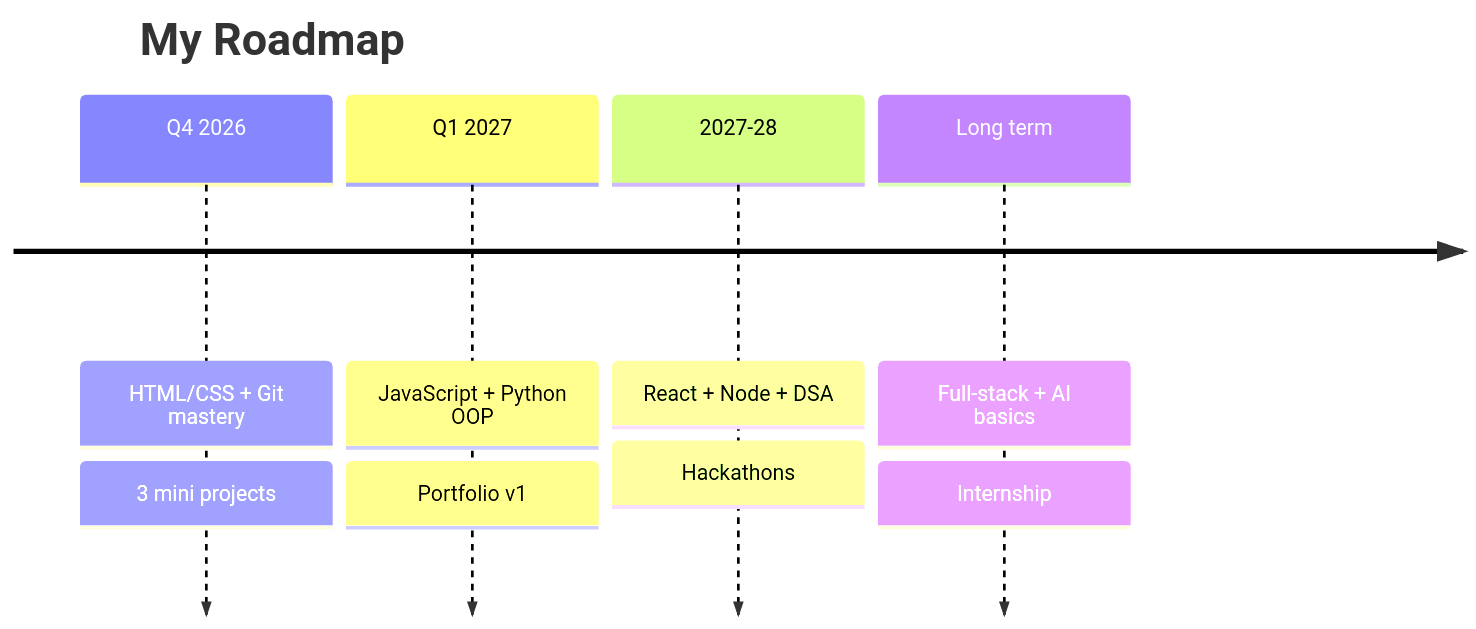
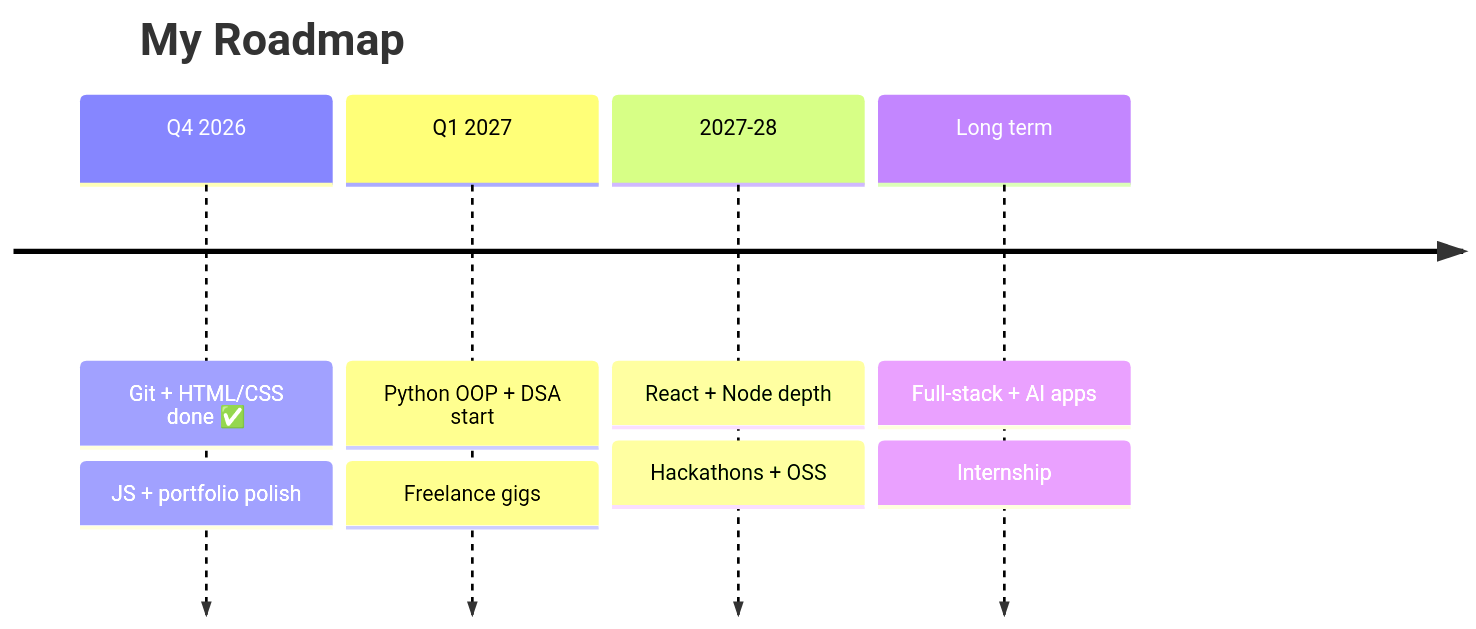
The diagram in README.md (tirforge/my-tech-journey), drawn with Mermaid before and after one commit. The commit also changed other lines of this file and 1 other file, not shown here.

Commit message:
polish: tighter copy, animated typing + snake, roadmap refresh

````diff
--- a/README.md
+++ b/README.md
@@ -144,8 +144,8 @@
 ```mermaid
 timeline
     title My Roadmap
-    Q4 2026 : HTML/CSS + Git mastery : 3 mini projects
-    Q1 2027 : JavaScript + Python OOP : Portfolio v1
-    2027-28 : React + Node + DSA : Hackathons
-    Long term : Full-stack + AI basics : Internship
+    Q4 2026 : Git + HTML/CSS done ✅ : JS + portfolio polish
+    Q1 2027 : Python OOP + DSA start : Freelance gigs
+    2027-28 : React + Node depth : Hackathons + OSS
+    Long term : Full-stack + AI apps : Internship
 ```
````
